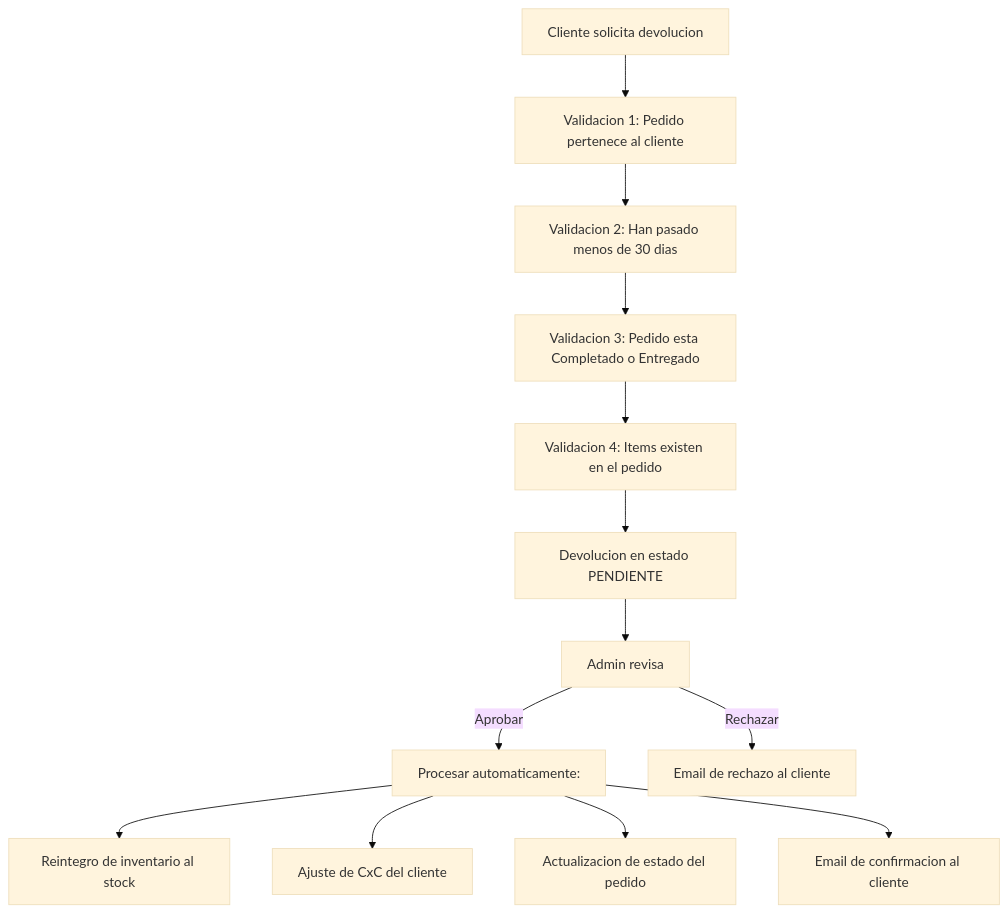
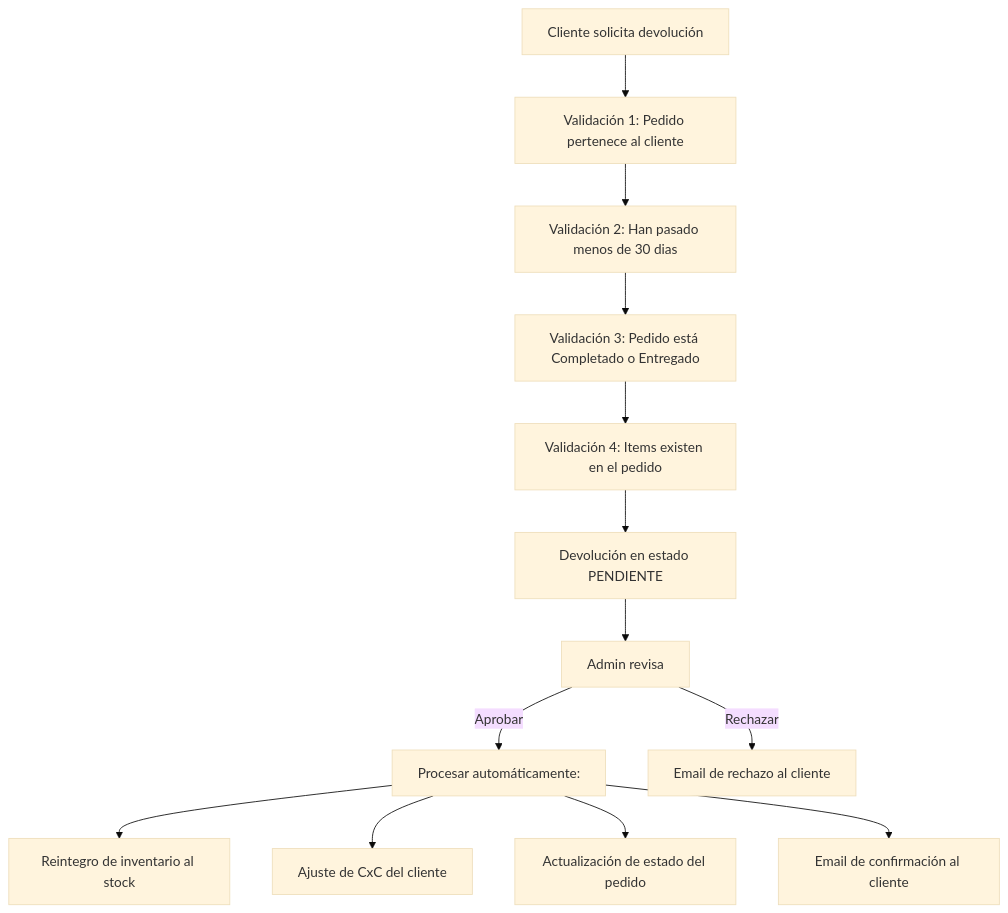
The fourth of 8 diagrams in CREDIT_SYSTEM.md (dferram/RazoConnect-Architecture-Showcase), drawn with Mermaid (base theme) before and after one commit. The commit also changed other lines of this file and 13 other files, not shown here.

````diff
--- a/CREDIT_SYSTEM.md
+++ b/CREDIT_SYSTEM.md
@@ -105,15 +105,15 @@
 ```mermaid
 flowchart TD
-    Cliente["Cliente solicita devolucion"] --> V1["Validacion 1: Pedido pertenece al cliente"]
-    V1 --> V2["Validacion 2: Han pasado menos de 30 dias"]
-    V2 --> V3["Validacion 3: Pedido esta Completado o Entregado"]
-    V3 --> V4["Validacion 4: Items existen en el pedido"]
-    V4 --> Pendiente["Devolucion en estado PENDIENTE"]
+    Cliente["Cliente solicita devolución"] --> V1["Validación 1: Pedido pertenece al cliente"]
+    V1 --> V2["Validación 2: Han pasado menos de 30 dias"]
+    V2 --> V3["Validación 3: Pedido está Completado o Entregado"]
+    V3 --> V4["Validación 4: Items existen en el pedido"]
+    V4 --> Pendiente["Devolución en estado PENDIENTE"]
     Pendiente --> Admin["Admin revisa"]
-    Admin -->|"Aprobar"| Proceso["Procesar automaticamente:"]
+    Admin -->|"Aprobar"| Proceso["Procesar automáticamente:"]
     Proceso --> I1["Reintegro de inventario al stock"]
     Proceso --> I2["Ajuste de CxC del cliente"]
-    Proceso --> I3["Actualizacion de estado del pedido"]
-    Proceso --> I4["Email de confirmacion al cliente"]
+    Proceso --> I3["Actualización de estado del pedido"]
+    Proceso --> I4["Email de confirmación al cliente"]
     Admin -->|"Rechazar"| Rechazo["Email de rechazo al cliente"]
 ```
````
